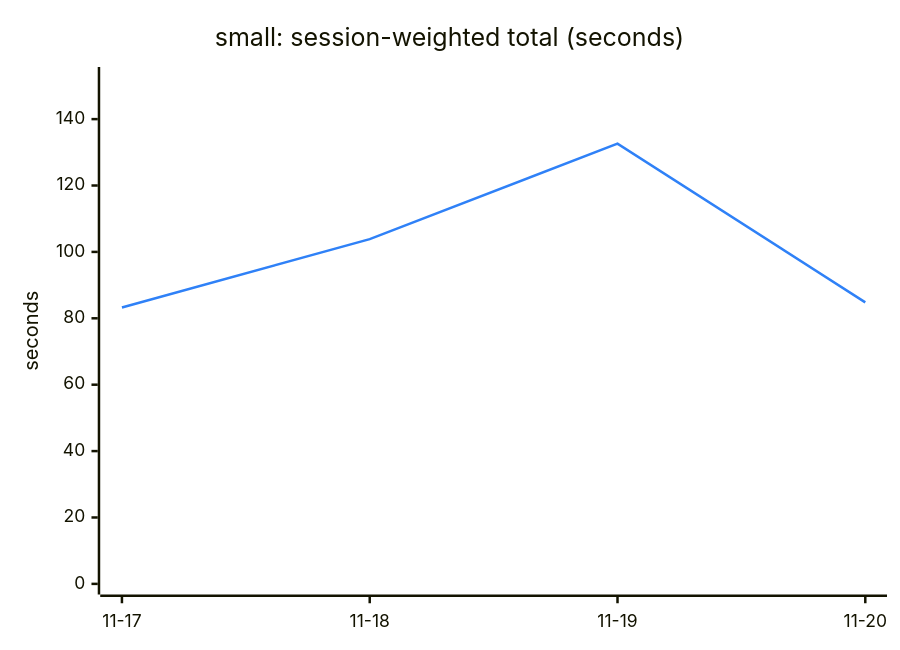
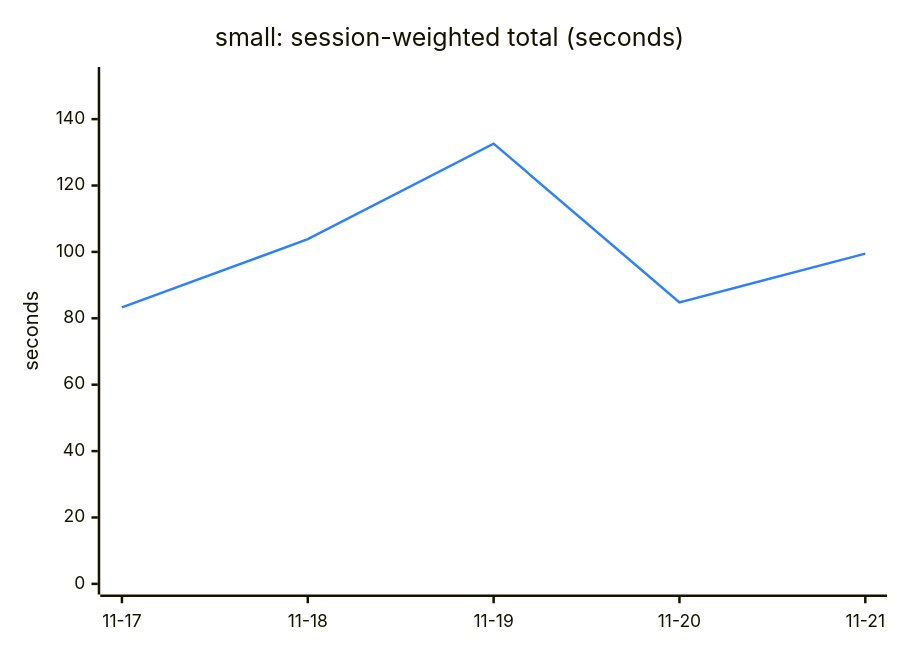
One commit to Ricovl/mxcli changed the first of 6 diagrams in TREND.md. Above: the diagram before and after it, drawn with Mermaid. The commit also changed other lines of this file and 2 other files, not shown here.

````diff
--- a/TREND.md
+++ b/TREND.md
@@ -13,13 +13,13 @@
 ```mermaid
 ---
 config:
   themeVariables:
     xyChart:
       plotColorPalette: "#2f81f7"
 ---
 xychart-beta
     title "small: session-weighted total (seconds)"
-    x-axis ["11-17", "11-18", "11-19", "11-20"]
+    x-axis ["11-17", "11-18", "11-19", "11-20", "11-21"]
     y-axis "seconds" 0 --> 152.50
-    line [83.27, 103.84, 132.61, 84.80]
+    line [83.27, 103.84, 132.61, 84.80, 99.49]
 ```
````
